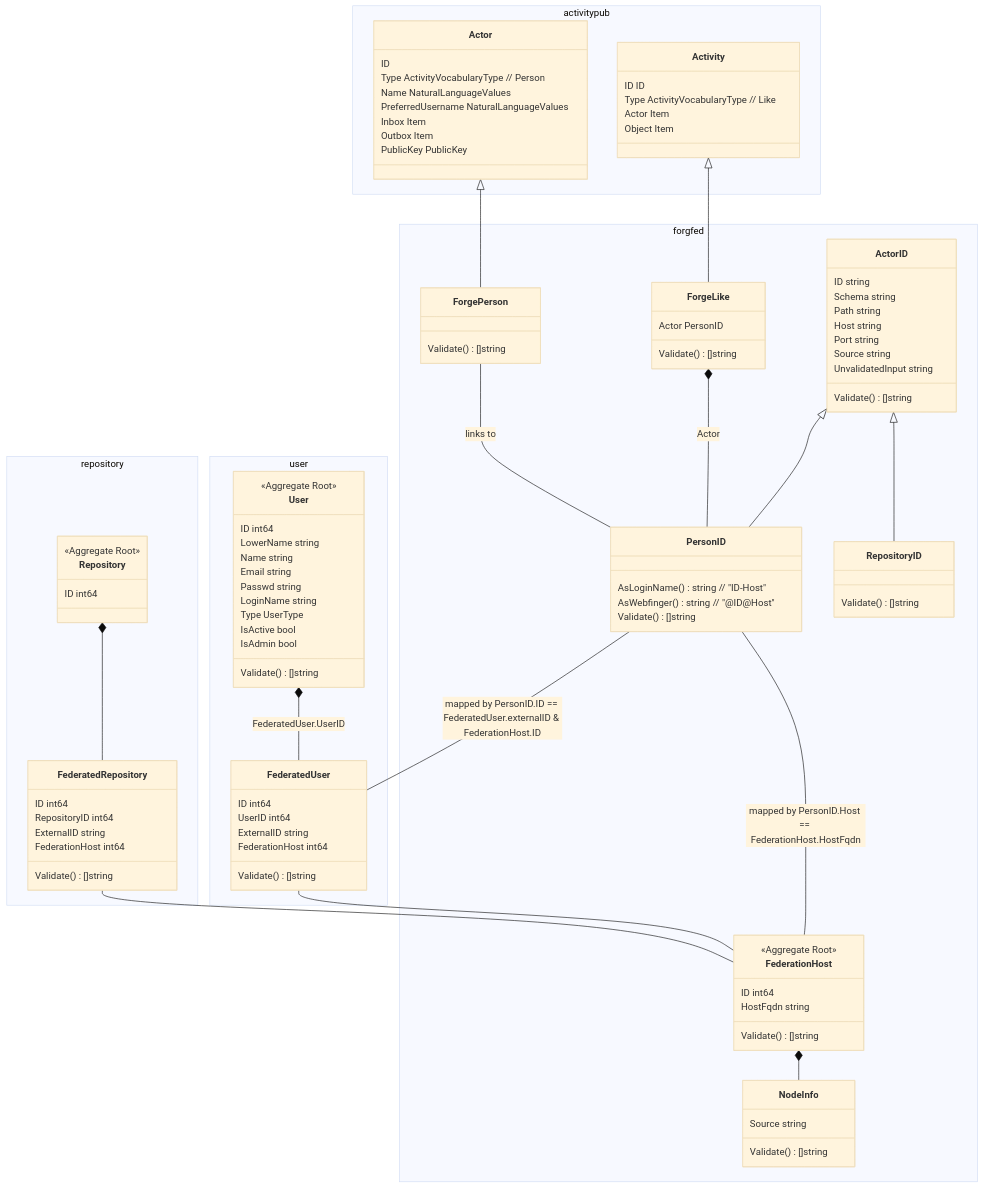
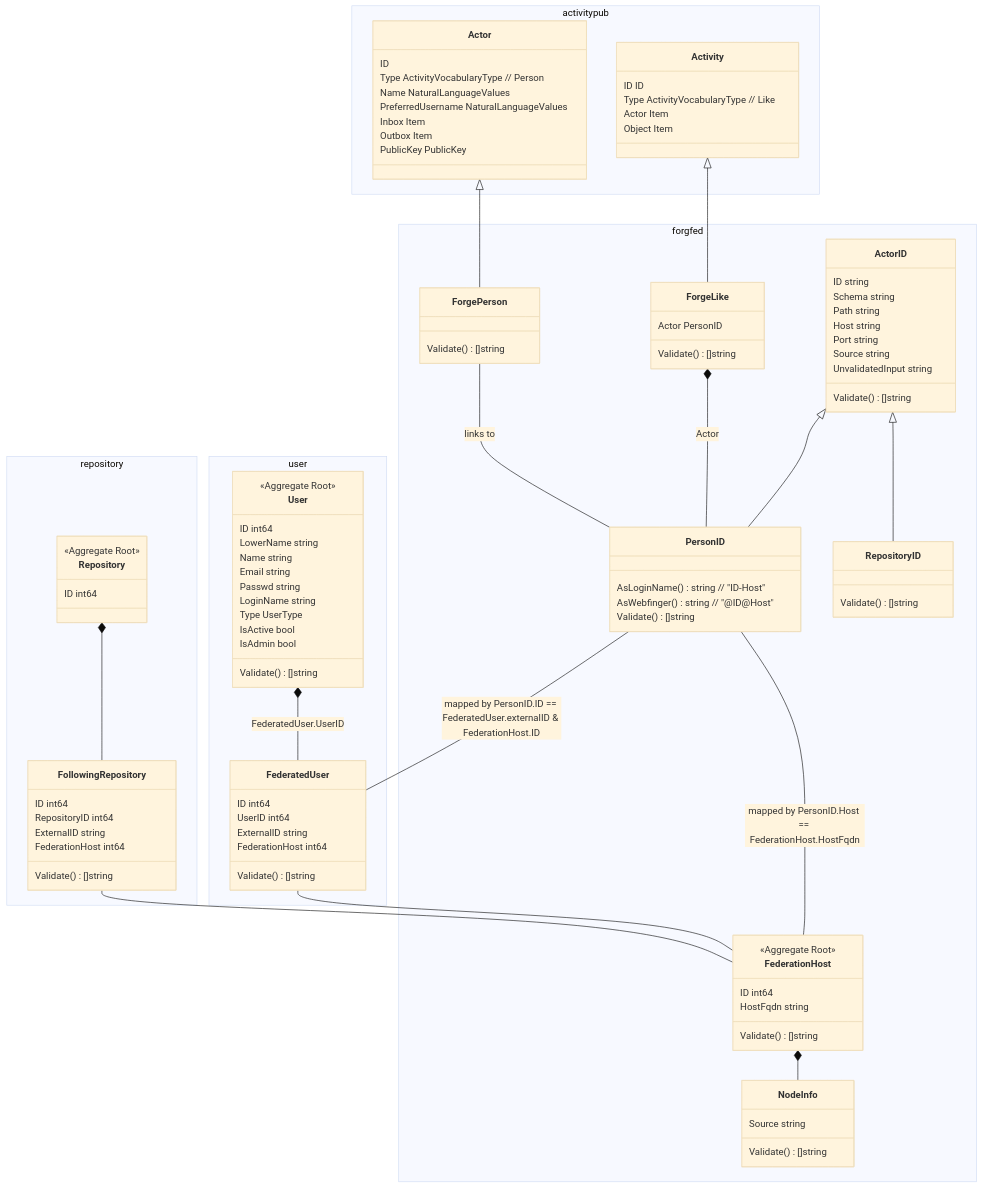
The diagram in docs/unsure-where-to-put/federation-architecture.md (yonasBSD/forgejo), drawn with Mermaid (base theme) before and after one commit. The commit also changed 8 other files, not shown here.

Commit message:
Rename federatedRepo to followingRepo

````diff
--- a/docs/unsure-where-to-put/federation-architecture.md
+++ b/docs/unsure-where-to-put/federation-architecture.md
@@ -108,7 +108,7 @@
       ID        int64      
     }
 
-    class FederatedRepository {
+    class FollowingRepository {
       ID             int64
       RepositoryID   int64
       ExternalID     string
@@ -122,6 +122,6 @@
   PersonID -- FederationHost : mapped by PersonID.Host == FederationHost.HostFqdn
   FederatedUser -- FederationHost 
 
-  Repository *-- FederatedRepository
-  FederatedRepository -- FederationHost
+  Repository *-- FollowingRepository
+  FollowingRepository -- FederationHost
 ```
````
